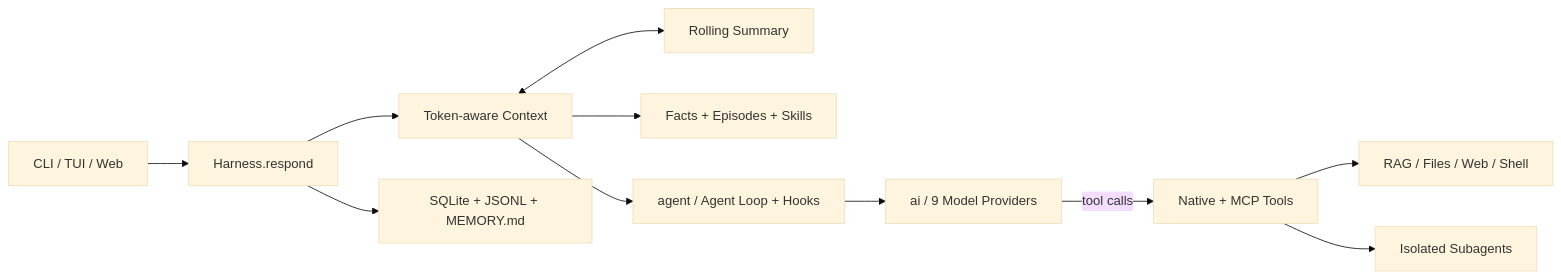
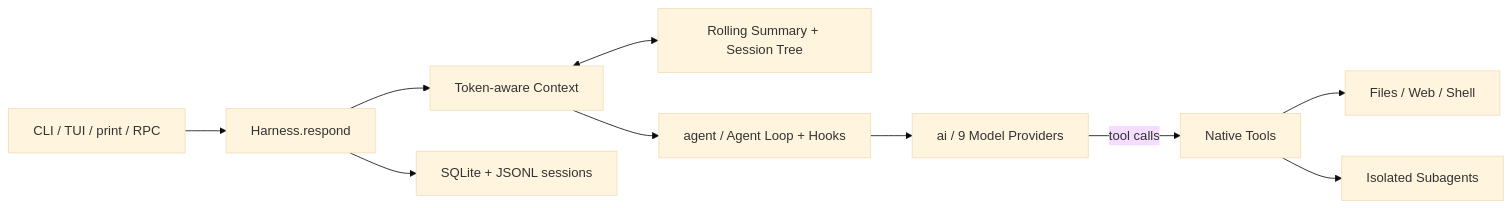
The diagram in README.md (leishimin15-cloud/lsm-harness), drawn with Mermaid (base theme) before and after one commit. The commit also changed other lines of this file and 5 other files, not shown here.

````diff
--- a/README.md
+++ b/README.md
@@ -16,13 +17,12 @@
 ```mermaid
 flowchart LR
-  G["CLI / TUI / Web"] --> H["Harness.respond"]
+  G["CLI / TUI / print / RPC"] --> H["Harness.respond"]
   H --> C["Token-aware Context"]
-  C <--> S["Rolling Summary"]
-  C --> M["Facts + Episodes + Skills"]
+  C <--> S["Rolling Summary + Session Tree"]
   C --> L["agent / Agent Loop + Hooks"]
   L --> P["ai / 9 Model Providers"]
-  P -->|tool calls| T["Native + MCP Tools"]
-  T --> R["RAG / Files / Web / Shell"]
+  P -->|tool calls| T["Native Tools"]
+  T --> R["Files / Web / Shell"]
   T --> A["Isolated Subagents"]
-  H --> D["SQLite + JSONL + MEMORY.md"]
+  H --> D["SQLite + JSONL sessions"]
 ```
````
